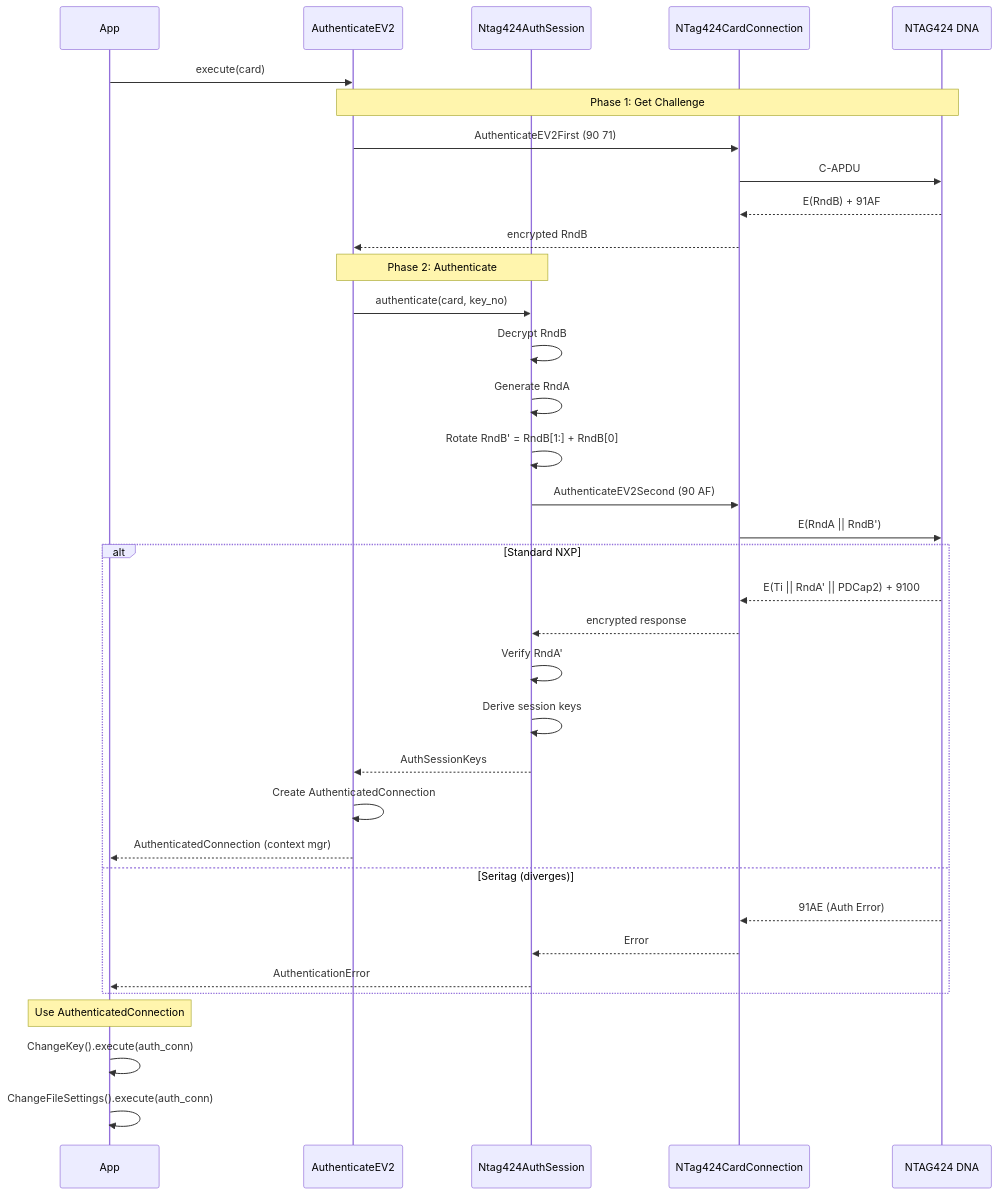
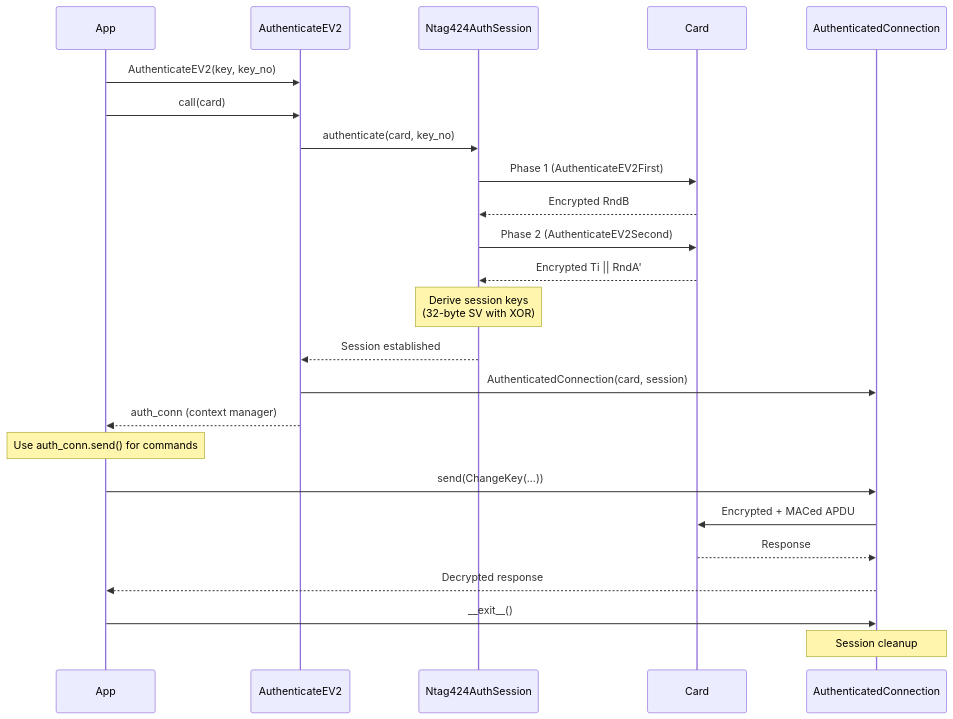
One commit to drusifer/ntag424_sdm_provisioner changed the fourth of 13 diagrams in ARCH.md. Above: the diagram before and after it, drawn with Mermaid. The commit also changed other lines of this file and 35 other files, not shown here.

````diff
--- a/ARCH.md
+++ b/ARCH.md
@@ -283,42 +181,33 @@
 ```mermaid
 sequenceDiagram
     participant App
     participant AuthEV2 as AuthenticateEV2
     participant Session as Ntag424AuthSession
-    participant Card as NTag424CardConnection
-    participant Tag as NTAG424 DNA
+    participant Card
+    participant AuthConn as AuthenticatedConnection
 
-    App->>AuthEV2: execute(card)
+    App->>AuthEV2: AuthenticateEV2(key, key_no)
+    App->>AuthEV2: call(card)
+    AuthEV2->>Session: authenticate(card, key_no)
     
-    Note over AuthEV2,Tag: Phase 1: Get Challenge
-    AuthEV2->>Card: AuthenticateEV2First (90 71)
-    Card->>Tag: C-APDU
-    Tag-->>Card: E(RndB) + 91AF
-    Card-->>AuthEV2: encrypted RndB
+    Session->>Card: Phase 1 (AuthenticateEV2First)
+    Card-->>Session: Encrypted RndB
+    Session->>Card: Phase 2 (AuthenticateEV2Second)
+    Card-->>Session: Encrypted Ti || RndA'
     
-    Note over AuthEV2,Session: Phase 2: Authenticate
-    AuthEV2->>Session: authenticate(card, key_no)
-    Session->>Session: Decrypt RndB
-    Session->>Session: Generate RndA
-    Session->>Session: Rotate RndB' = RndB[1:] + RndB[0]
-    Session->>Card: AuthenticateEV2Second (90 AF)
-    Card->>Tag: E(RndA || RndB')
+    note over Session: Derive session keys<br/>(32-byte SV with XOR)
     
-    alt Standard NXP
-        Tag-->>Card: E(Ti || RndA' || PDCap2) + 9100
-        Card-->>Session: encrypted response
-        Session->>Session: Verify RndA'
-        Session->>Session: Derive session keys
-        Session-->>AuthEV2: AuthSessionKeys
-        AuthEV2->>AuthEV2: Create AuthenticatedConnection
-        AuthEV2-->>App: AuthenticatedConnection (context mgr)
-    else Seritag (diverges)
-        Tag-->>Card: 91AE (Auth Error)
-        Card-->>Session: Error
-        Session-->>App: AuthenticationError
-    end
+    Session-->>AuthEV2: Session established
+    AuthEV2->>AuthConn: AuthenticatedConnection(card, session)
+    AuthEV2-->>App: auth_conn (context manager)
     
-    Note over App: Use AuthenticatedConnection
-    App->>App: ChangeKey().execute(auth_conn)
-    App->>App: ChangeFileSettings().execute(auth_conn)
+    note over App: Use auth_conn.send() for commands
+    
+    App->>AuthConn: send(ChangeKey(...))
+    AuthConn->>Card: Encrypted + MACed APDU
+    Card-->>AuthConn: Response
+    AuthConn-->>App: Decrypted response
+    
+    App->>AuthConn: __exit__()
+    note over AuthConn: Session cleanup
 ```
````
